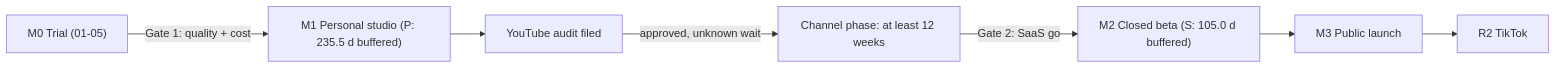
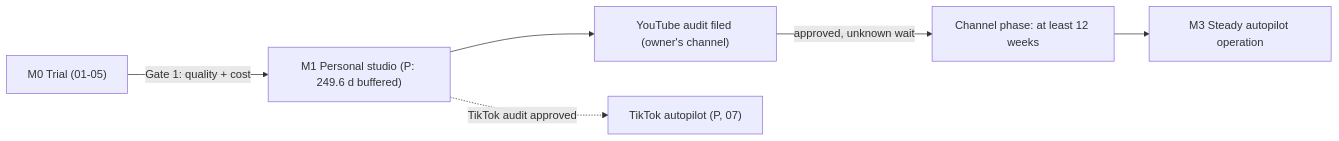
Diagram 15 of 17 in DIAGRAMS.md (anglesen1120/NightTalesStudio), drawn with Mermaid before and after one commit. The commit also changed other lines of this file and 335 other files, not shown here.

First line of the commit message:
docs: drop phase S (SaaS) per owner decision DEC 10.14

````diff
--- a/DIAGRAMS.md
+++ b/DIAGRAMS.md
@@ -450,9 +405,8 @@
 ```mermaid
 flowchart LR
-  M0["M0 Trial (01-05)"] -->|"Gate 1: quality + cost"| M1["M1 Personal studio (P: 235.5 d buffered)"]
-  M1 --> AUD["YouTube audit filed"]
+  M0["M0 Trial (01-05)"] -->|"Gate 1: quality + cost"| M1["M1 Personal studio (P: 249.6 d buffered)"]
+  M1 --> AUD["YouTube audit filed (owner's channel)"]
   AUD -->|"approved, unknown wait"| CH["Channel phase: at least 12 weeks"]
-  CH -->|"Gate 2: SaaS go"| M2["M2 Closed beta (S: 105.0 d buffered)"]
-  M2 --> M3["M3 Public launch"]
-  M3 --> R2["R2 TikTok"]
+  CH --> M3["M3 Steady autopilot operation"]
+  M1 -.->|"TikTok audit approved"| TT["TikTok autopilot (P, 07)"]
 ```
````
